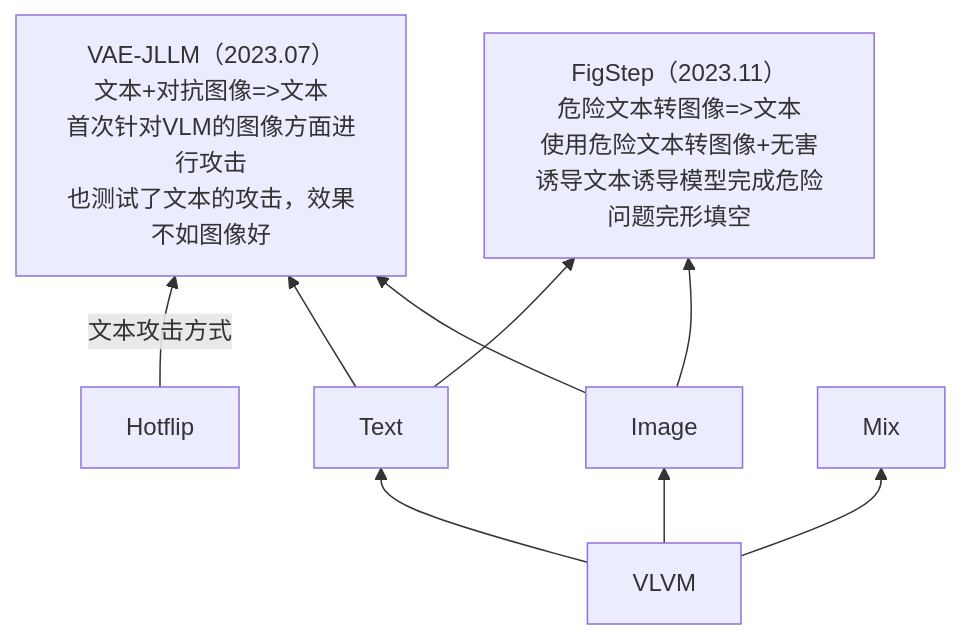
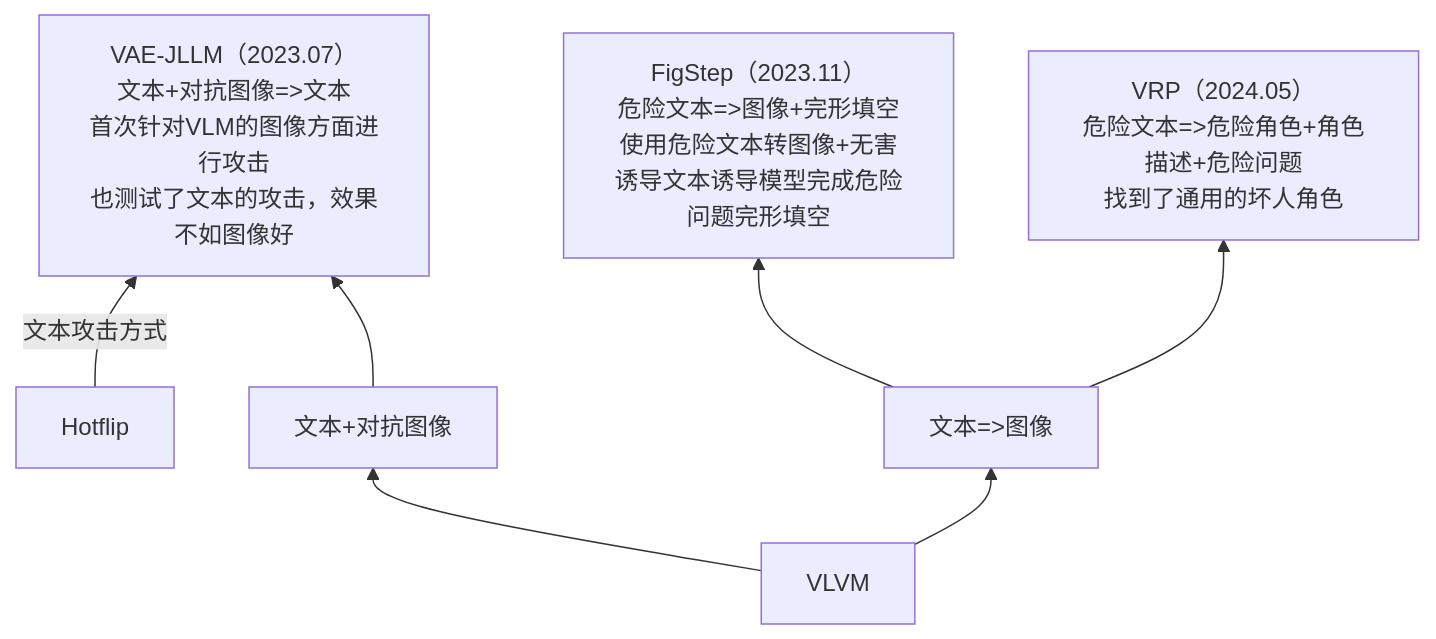
Before and after one commit to Elephant-King9/Paper: the fourth of 5 diagrams in Attack/Jailbreak/VLVM/analyse.md, drawn with Mermaid. The commit also changed other lines of this file and 7 other files, not shown here.

````diff
--- a/Attack/Jailbreak/VLVM/analyse.md
+++ b/Attack/Jailbreak/VLVM/analyse.md
@@ -41,15 +44,15 @@
 ```mermaid
 flowchart BT
-	VLVM-->Text
-	VLVM-->Image
+	VLVM-->文本+对抗图像
+	VLVM-->文本_图像
 	Hotflip-->|文本攻击方式|VAE-JLLM
-	Text-->VAE-JLLM
-	Text-->FigStep
-	Image-->FigStep
-	Image-->VAE-JLLM
-	VLVM-->Mix
+	文本+对抗图像-->VAE-JLLM
+	文本_图像-->FigStep
+	文本_图像-->VRP
 
-	
+	文本+对抗图像[文本+对抗图像]
+	文本_图像[文本=>图像]
 	VAE-JLLM[VAE-JLLM（2023.07）<br>文本+对抗图像=>文本<br>首次针对VLM的图像方面进行攻击<br>也测试了文本的攻击，效果不如图像好]
-	FigStep[FigStep（2023.11）<br>危险文本转图像=>文本<br>使用危险文本转图像+无害诱导文本诱导模型完成危险问题完形填空]
+	FigStep[FigStep（2023.11）<br>危险文本=>图像+完形填空<br>使用危险文本转图像+无害诱导文本诱导模型完成危险问题完形填空]
+	VRP[VRP（2024.05）<br>危险文本=>危险角色+角色描述+危险问题<br>找到了通用的坏人角色]
 ```
````
